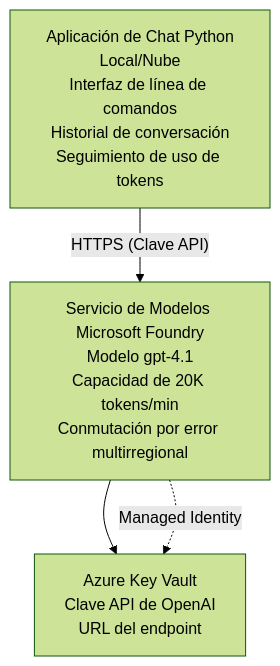
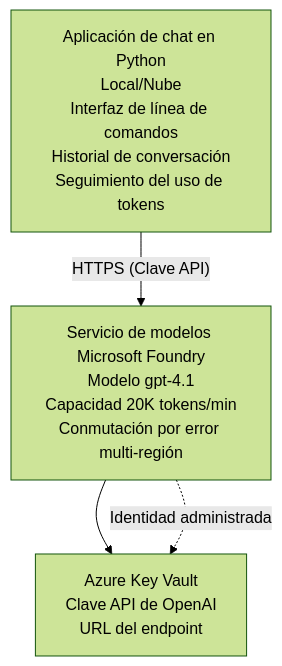
The diagram in translations/es/examples/azure-openai-chat/README.md (microsoft/AZD-for-beginners), drawn with Mermaid (forest theme) before and after one commit. The commit also changed other lines of this file and 104 other files, not shown here.

````diff
--- a/translations/es/examples/azure-openai-chat/README.md
+++ b/translations/es/examples/azure-openai-chat/README.md
@@ -26,6 +26,6 @@
 ```mermaid
 graph TD
-    App[Aplicación de Chat Python<br/>Local/Nube<br/>Interfaz de línea de comandos<br/>Historial de conversación<br/>Seguimiento de uso de tokens] -- "HTTPS (Clave API)" --> Foundry[Servicio de Modelos Microsoft Foundry<br/>Modelo gpt-4.1<br/>Capacidad de 20K tokens/min<br/>Conmutación por error multirregional]
+    App[Aplicación de chat en Python<br/>Local/Nube<br/>Interfaz de línea de comandos<br/>Historial de conversación<br/>Seguimiento del uso de tokens] -- "HTTPS (Clave API)" --> Foundry[Servicio de modelos Microsoft Foundry<br/>Modelo gpt-4.1<br/>Capacidad 20K tokens/min<br/>Conmutación por error multi-región]
     Foundry --> KV[Azure Key Vault<br/>Clave API de OpenAI<br/>URL del endpoint]
-    Foundry -. Managed Identity .-> KV
+    Foundry -. Identidad administrada .-> KV
 ```
````
